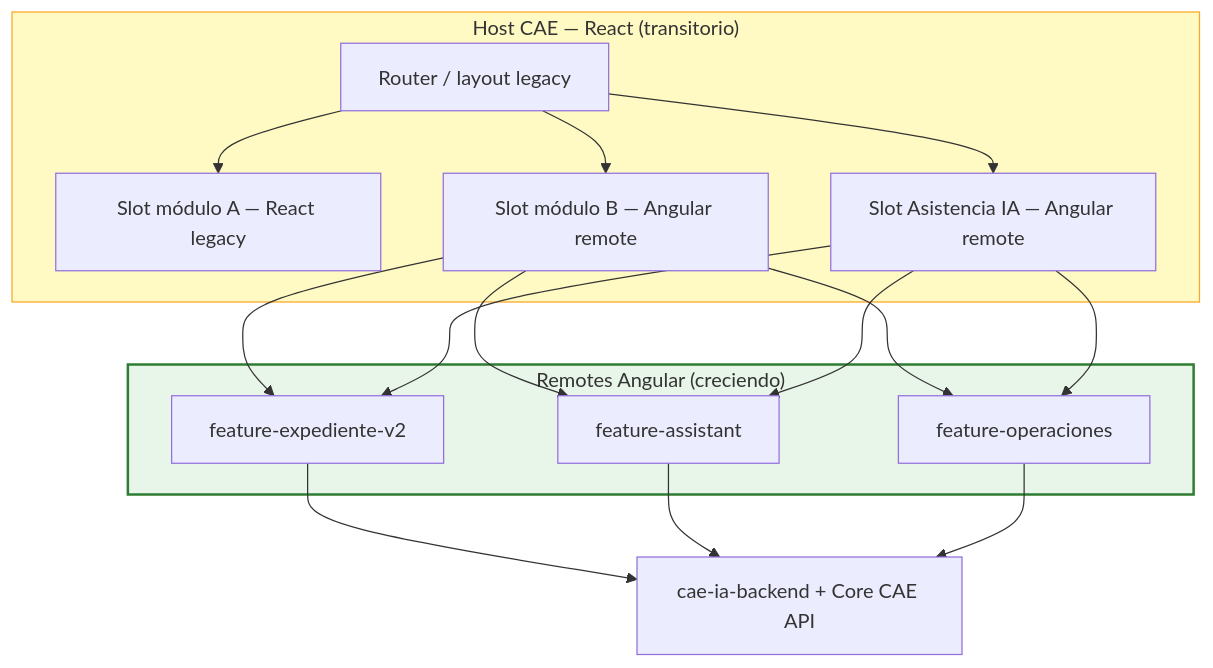
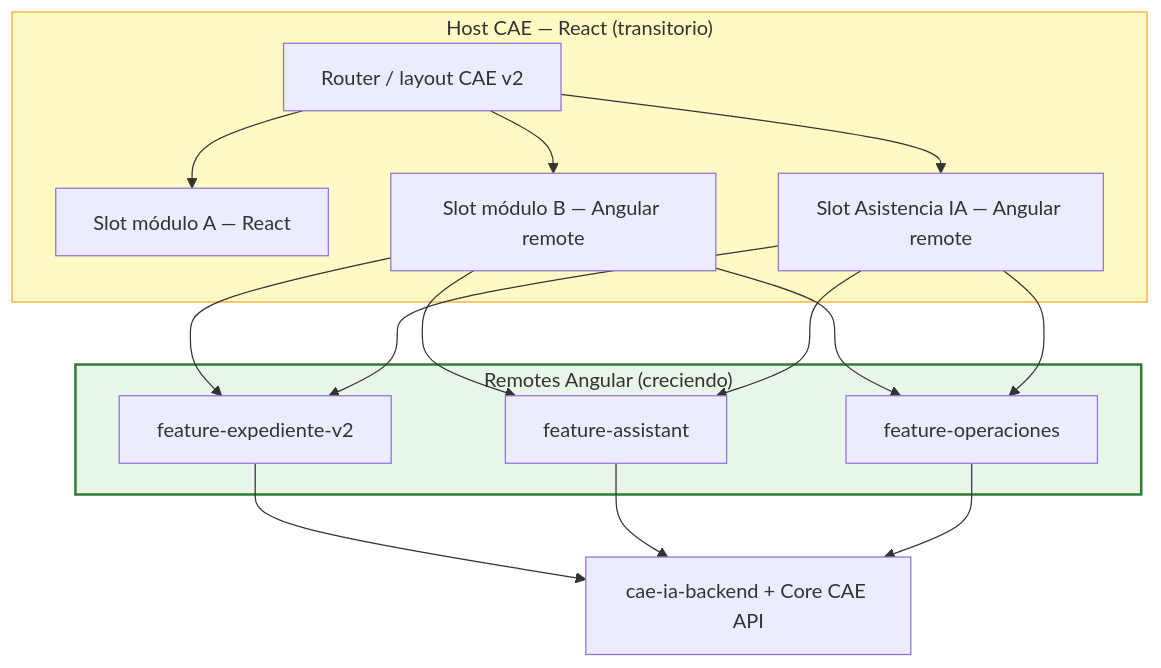
The second of 3 diagrams in caedocs/ESTRATEGIA-MIGRACION-FRONTEND-CAE.md (angelnietos/erp), drawn with Mermaid before and after one commit. The commit also changed other lines of this file and 9 other files, not shown here.

````diff
--- a/caedocs/ESTRATEGIA-MIGRACION-FRONTEND-CAE.md
+++ b/caedocs/ESTRATEGIA-MIGRACION-FRONTEND-CAE.md
@@ -126,22 +127,22 @@
 ```mermaid
 flowchart TB
     subgraph HOST["Host CAE — React (transitorio)"]
-        ROUTER["Router / layout legacy"]
-        SLOT_A["Slot módulo A — React legacy"]
+        ROUTER["Router / layout CAE v2"]
+        SLOT_A["Slot módulo A — React"]
         SLOT_B["Slot módulo B — Angular remote"]
         SLOT_IA["Slot Asistencia IA — Angular remote"]
         ROUTER --> SLOT_A & SLOT_B & SLOT_IA
     end
 
     subgraph REMOTES["Remotes Angular (creciendo)"]
         M1["feature-expediente-v2"]
         M2["feature-assistant"]
         M3["feature-operaciones"]
     end
 
     SLOT_B & SLOT_IA --> M1 & M2 & M3
     M1 & M2 & M3 --> API["cae-ia-backend + Core CAE API"]
 
     style HOST fill:#fff9c4,stroke:#f9a825
     style REMOTES fill:#e8f5e9,stroke:#2e7d32,stroke-width:2px
 ```
````
